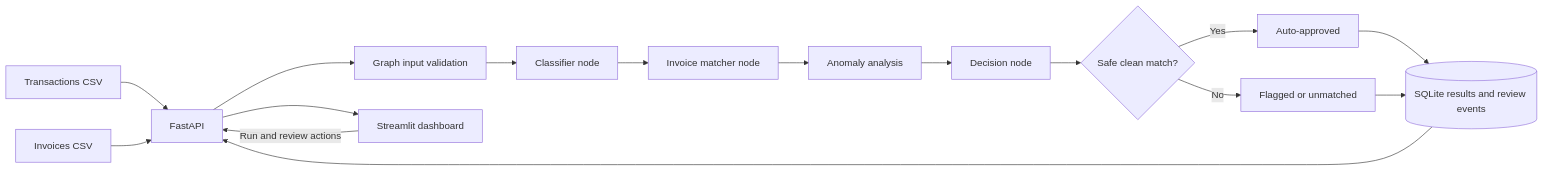
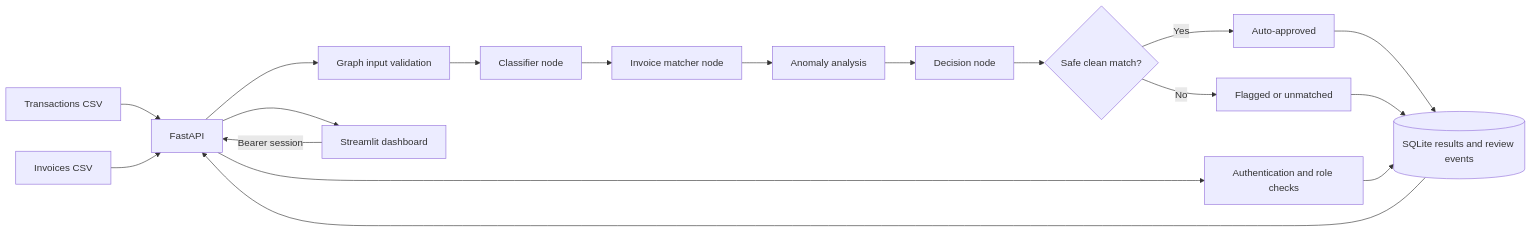
The diagram in README.md (aniketchauhan16/FINAUDIT-AI), drawn with Mermaid before and after one commit. The commit also changed other lines of this file and 12 other files, not shown here.

Commit message:
feat: add authentication and role-based access control

````diff
--- a/README.md
+++ b/README.md
@@ -21,18 +22,20 @@
 ```mermaid
 flowchart LR
     TX[Transactions CSV] --> API[FastAPI]
     INV[Invoices CSV] --> API
     API --> VALIDATE[Graph input validation]
     VALIDATE --> CLASSIFY[Classifier node]
     CLASSIFY --> MATCH[Invoice matcher node]
     MATCH --> ANALYZE[Anomaly analysis]
     ANALYZE --> DECIDE[Decision node]
     DECIDE --> ROUTE{Safe clean match?}
     ROUTE -->|Yes| CLEAN[Auto-approved]
     ROUTE -->|No| REVIEW[Flagged or unmatched]
     CLEAN --> DB[(SQLite results and review events)]
     REVIEW --> DB
     DB --> API
     API --> DASH[Streamlit dashboard]
-    DASH -->|Run and review actions| API
+    DASH -->|Bearer session| API
+    API --> AUTH[Authentication and role checks]
+    AUTH --> DB
 ```
````
